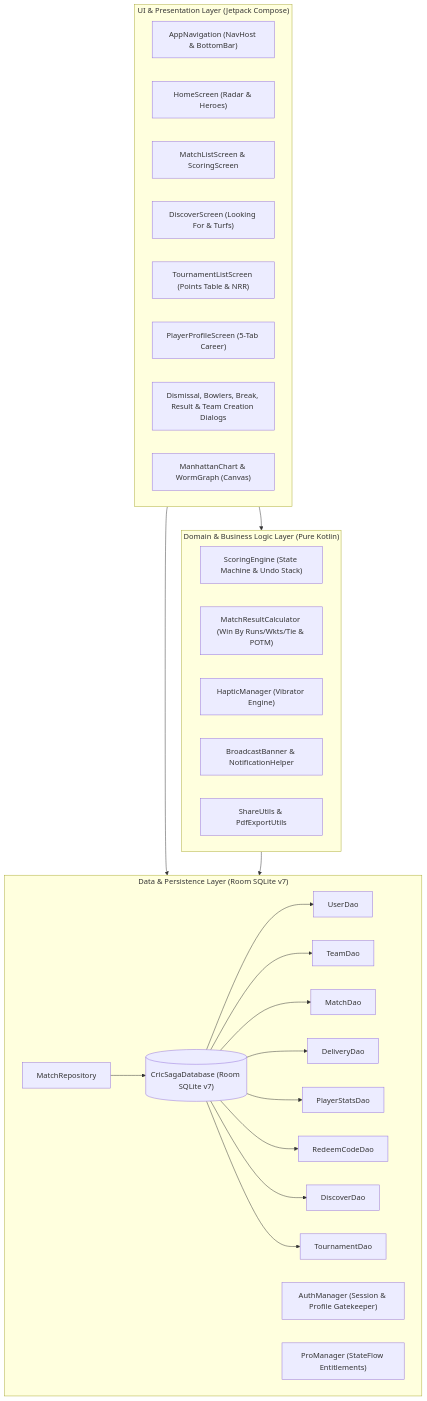
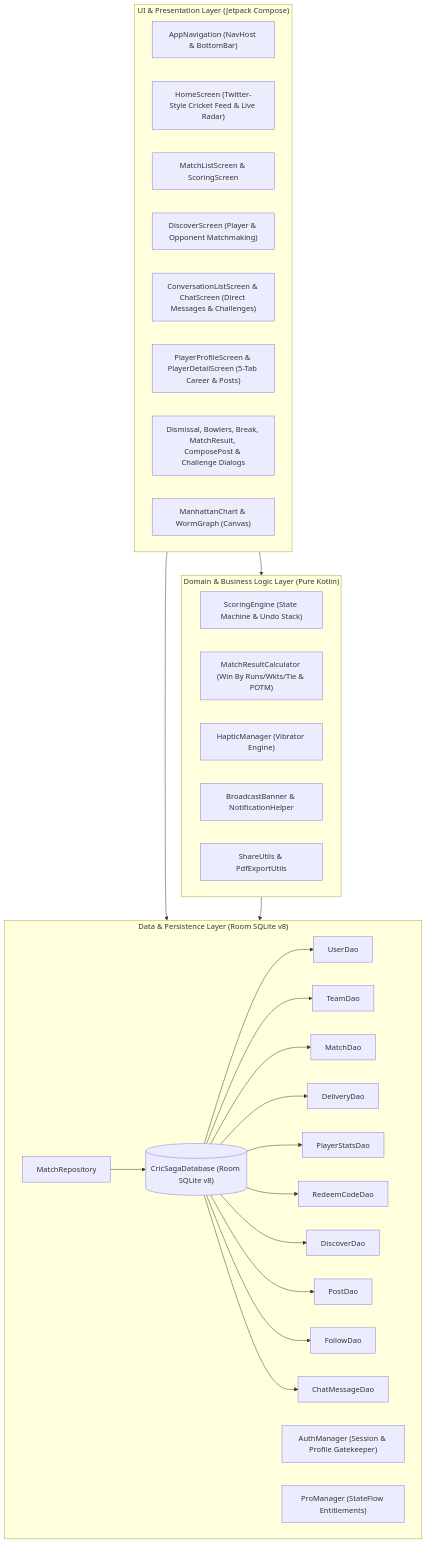
Before and after one commit to shreekunal/CricSaga: the first of 3 diagrams in md/CricSaga_Production_Specification_and_Architecture.md, drawn with Mermaid. The commit also changed other lines of this file and 30 other files, not shown here.

First line of the commit message:
Add Conversation List and Rankings Screen UI Components

````diff
--- a/md/CricSaga_Production_Specification_and_Architecture.md
+++ b/md/CricSaga_Production_Specification_and_Architecture.md
@@ -30,49 +30,53 @@
 ```mermaid
 flowchart TD
     subgraph Presentation_Layer["UI & Presentation Layer (Jetpack Compose)"]
         UI_Nav["AppNavigation (NavHost & BottomBar)"]
-        UI_Home["HomeScreen (Radar & Heroes)"]
+        UI_Home["HomeScreen (Twitter-Style Cricket Feed & Live Radar)"]
         UI_Matches["MatchListScreen & ScoringScreen"]
-        UI_Discover["DiscoverScreen (Looking For & Turfs)"]
-        UI_Tournaments["TournamentListScreen (Points Table & NRR)"]
-        UI_Profile["PlayerProfileScreen (5-Tab Career)"]
-        UI_Dialogs["Dismissal, Bowlers, Break, Result & Team Creation Dialogs"]
+        UI_Discover["DiscoverScreen (Player & Opponent Matchmaking)"]
+        UI_Messages["ConversationListScreen & ChatScreen (Direct Messages & Challenges)"]
+        UI_Profile["PlayerProfileScreen & PlayerDetailScreen (5-Tab Career & Posts)"]
+        UI_Dialogs["Dismissal, Bowlers, Break, MatchResult, ComposePost & Challenge Dialogs"]
         UI_Charts["ManhattanChart & WormGraph (Canvas)"]
     end
 
     subgraph Domain_Layer["Domain & Business Logic Layer (Pure Kotlin)"]
         ENG_Scoring["ScoringEngine (State Machine & Undo Stack)"]
         ENG_Result["MatchResultCalculator (Win By Runs/Wkts/Tie & POTM)"]
         ENG_Haptics["HapticManager (Vibrator Engine)"]
         ENG_Notif["BroadcastBanner & NotificationHelper"]
         ENG_Share["ShareUtils & PdfExportUtils"]
     end
 
-    subgraph Data_Layer["Data & Persistence Layer (Room SQLite v7)"]
+    subgraph Data_Layer["Data & Persistence Layer (Room SQLite v8)"]
         REPO["MatchRepository"]
         AUTH["AuthManager (Session & Profile Gatekeeper)"]
         PRO["ProManager (StateFlow Entitlements)"]
-        DB[("CricSagaDatabase (Room SQLite v7)")]
+        DB[("CricSagaDatabase (Room SQLite v8)")]
         DAO_Users["UserDao"]
         DAO_Teams["TeamDao"]
         DAO_Matches["MatchDao"]
         DAO_Deliveries["DeliveryDao"]
         DAO_Stats["PlayerStatsDao"]
         DAO_Codes["RedeemCodeDao"]
         DAO_Discover["DiscoverDao"]
-        DAO_Tourney["TournamentDao"]
+        DAO_Posts["PostDao"]
+        DAO_Follows["FollowDao"]
+        DAO_Messages["ChatMessageDao"]
     end
 
     Presentation_Layer --> Domain_Layer
     Presentation_Layer --> Data_Layer
     Domain_Layer --> Data_Layer
     REPO --> DB
     DB --> DAO_Users
     DB --> DAO_Teams
     DB --> DAO_Matches
     DB --> DAO_Deliveries
     DB --> DAO_Stats
     DB --> DAO_Codes
     DB --> DAO_Discover
-    DB --> DAO_Tourney
+    DB --> DAO_Posts
+    DB --> DAO_Follows
+    DB --> DAO_Messages
 ```
````
